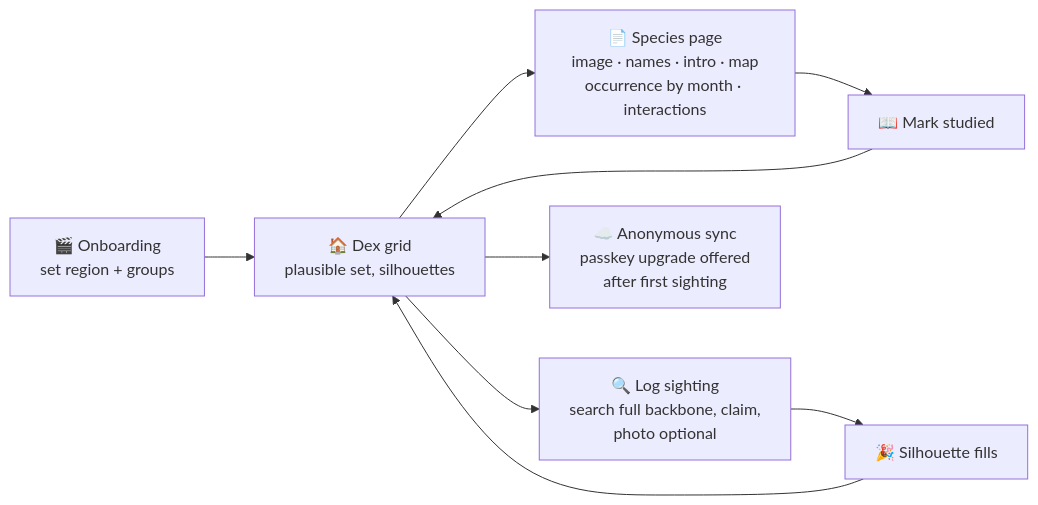
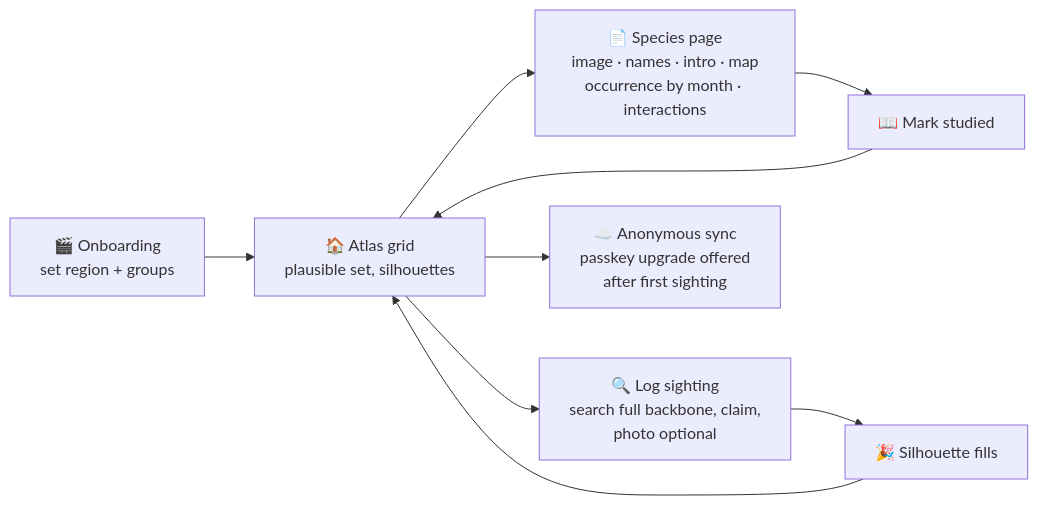
One commit to Standkreis/standkreis-dex changed the fourth of 4 diagrams in docs/specs/0001-standkreis-dex-the-first-walk.md. Above: the diagram before and after it, drawn with Mermaid. The commit also changed other lines of this file and 1 other file, not shown here.

First line of the commit message:
Spec and roadmap: the user-facing word is Atlas

````diff
--- a/docs/specs/0001-standkreis-dex-the-first-walk.md
+++ b/docs/specs/0001-standkreis-dex-the-first-walk.md
@@ -192,11 +192,11 @@
 ```mermaid
 flowchart LR
-    A[🎬 Onboarding<br/>set region + groups] --> B[🏠 Dex grid<br/>plausible set, silhouettes]
+    A[🎬 Onboarding<br/>set region + groups] --> B[🏠 Atlas grid<br/>plausible set, silhouettes]
     B --> C[📄 Species page<br/>image · names · intro · map<br/>occurrence by month · interactions]
     C --> D[📖 Mark studied]
     B --> E[🔍 Log sighting<br/>search full backbone, claim,<br/>photo optional]
     E --> F[🎉 Silhouette fills]
     D --> B
     F --> B
     B --> G[☁️ Anonymous sync<br/>passkey upgrade offered<br/>after first sighting]
 ```
````
